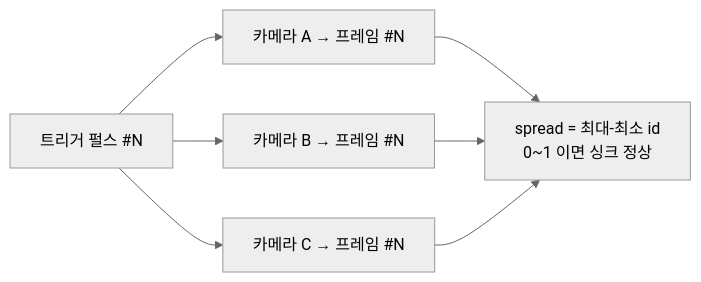
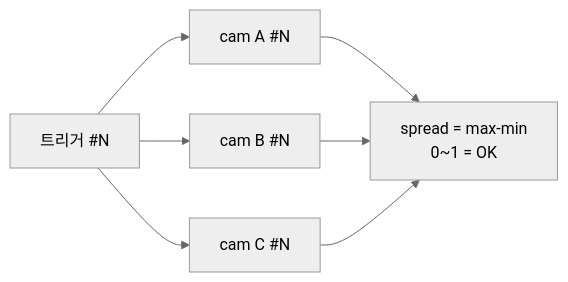
One commit to willi19/paradex changed the fifth of 7 diagrams in docs/camera_system.md. Above: the diagram before and after it, drawn with Mermaid (neutral theme). The commit also changed other lines of this file and 154 other files, not shown here.

````diff
--- a/docs/camera_system.md
+++ b/docs/camera_system.md
@@ -101,7 +217,7 @@
 ```{mermaid}
 flowchart LR
-    GEN["트리거 펄스 #N"] --> C1["카메라 A → 프레임 #N"]
-    GEN --> C2["카메라 B → 프레임 #N"]
-    GEN --> C3["카메라 C → 프레임 #N"]
-    C1 & C2 & C3 --> CHK["spread = 최대-최소 id<br/>0~1 이면 싱크 정상"]
+    GEN["트리거 #N"] --> C1["cam A #N"]
+    GEN --> C2["cam B #N"]
+    GEN --> C3["cam C #N"]
+    C1 & C2 & C3 --> CHK["spread = max-min<br/>0~1 = OK"]
 ```
````
